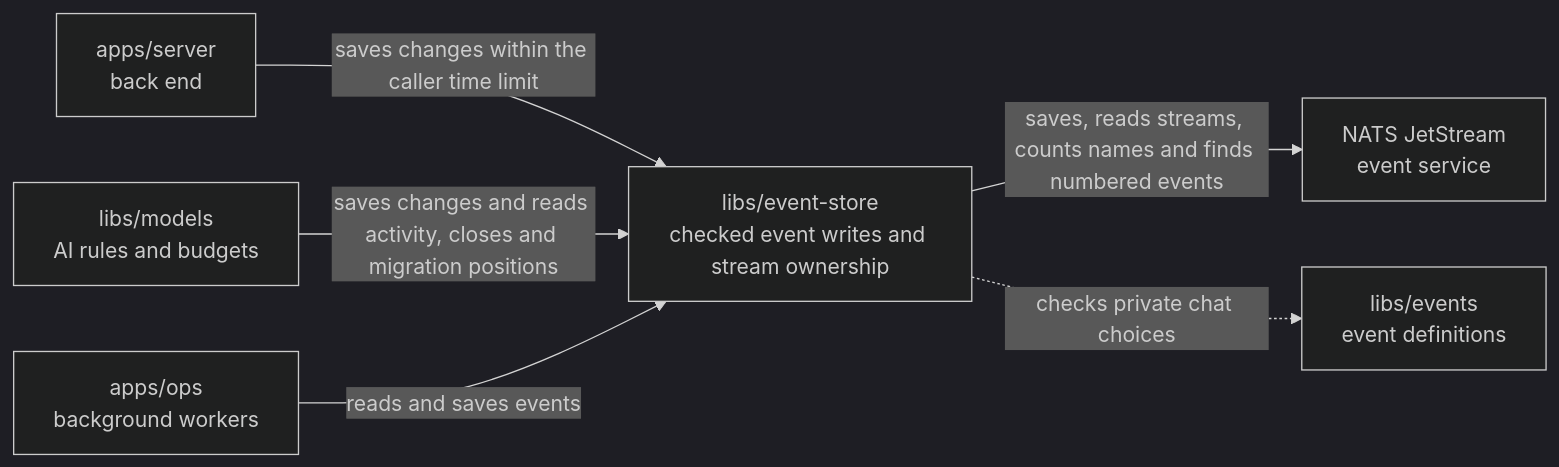
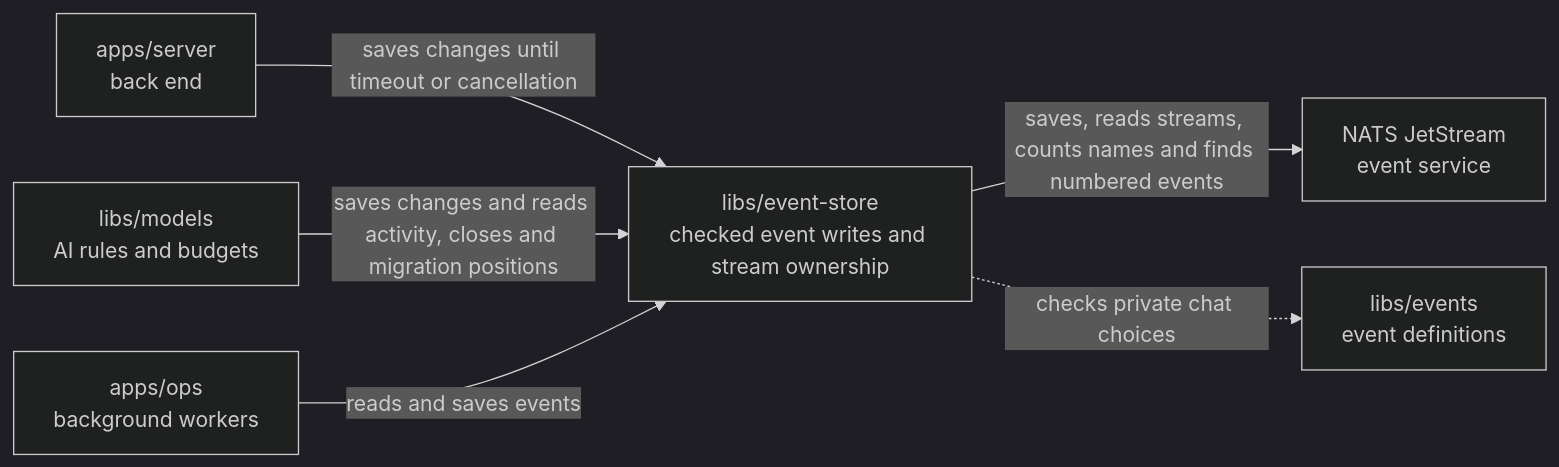
Before and after one commit to elewa-git/opencrane-new: the diagram in libs/event-store/README.md, drawn with Mermaid (dark theme). The commit also changed other lines of this file and 10 other files, not shown here.

````diff
--- a/libs/event-store/README.md
+++ b/libs/event-store/README.md
@@ -22,8 +22,8 @@
 ```mermaid
 flowchart LR
-  server["apps/server<br/>back end"] -->|saves changes within the caller time limit| store["libs/event-store<br/>checked event writes and stream ownership"]
+  server["apps/server<br/>back end"] -->|saves changes until timeout or cancellation| store["libs/event-store<br/>checked event writes and stream ownership"]
   models["libs/models<br/>AI rules and budgets"] -->|saves changes and reads activity, closes and migration positions| store
   ops["apps/ops<br/>background workers"] -->|reads and saves events| store
   store -->|saves, reads streams, counts names and finds numbered events| nats["NATS JetStream<br/>event service"]
   store -.->|checks private chat choices| events["libs/events<br/>event definitions"]
 ```
````
